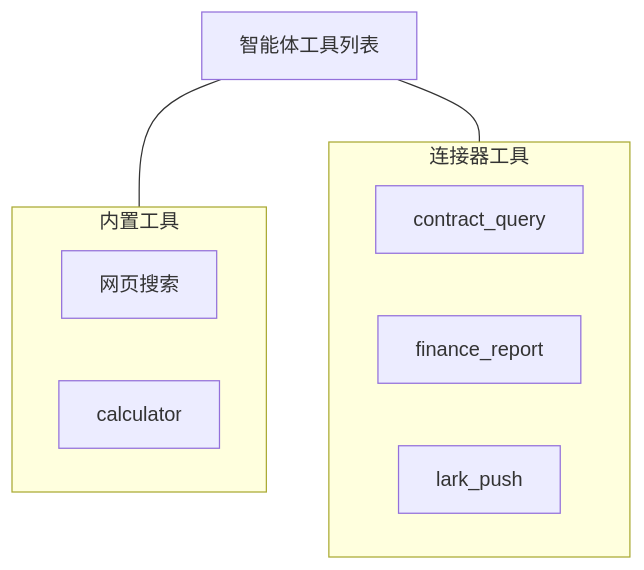
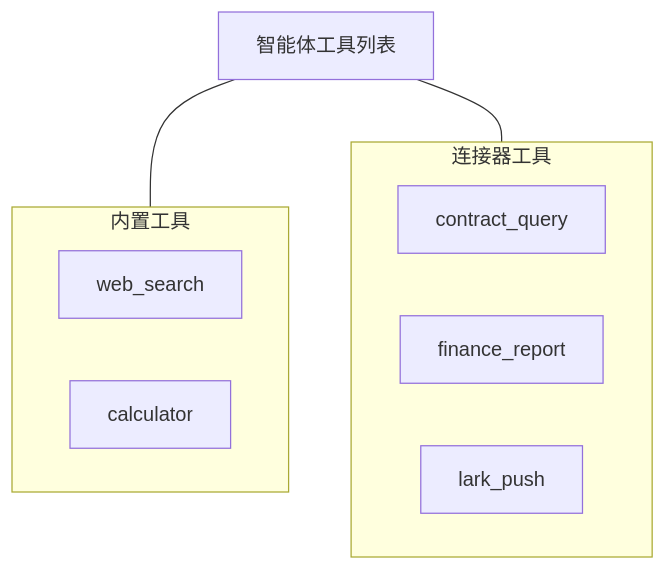
Before and after one commit to fim-ai/fim-agent: the fourth of 5 diagrams in docs/zh/architecture/connector-architecture.mdx, drawn with Mermaid. The commit also changed other lines of this file and 9 other files, not shown here.

````diff
--- a/docs/zh/architecture/connector-architecture.mdx
+++ b/docs/zh/architecture/connector-architecture.mdx
@@ -163,18 +163,18 @@
 ```mermaid
 flowchart TB
     Agent["智能体工具列表"]
 
     subgraph BuiltIn["内置工具"]
-        T1["网页搜索"]
+        T1["web_search"]
         T2["calculator"]
     end
 
     subgraph Connector["连接器工具"]
         T3["contract_query"]
         T4["finance_report"]
         T5["lark_push"]
     end
 
     Agent --- BuiltIn
     Agent --- Connector
 ```
````
